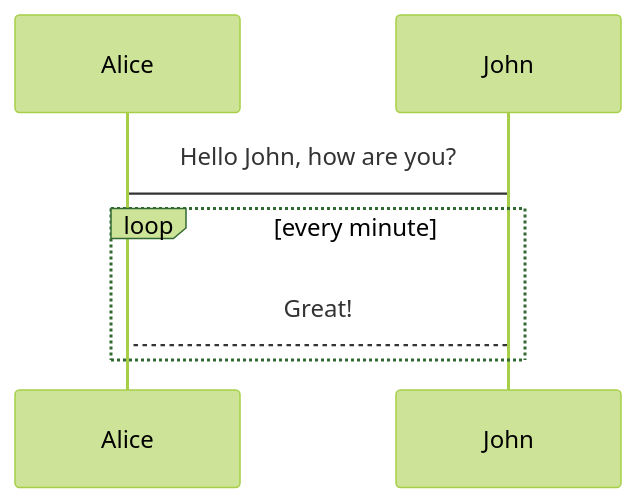
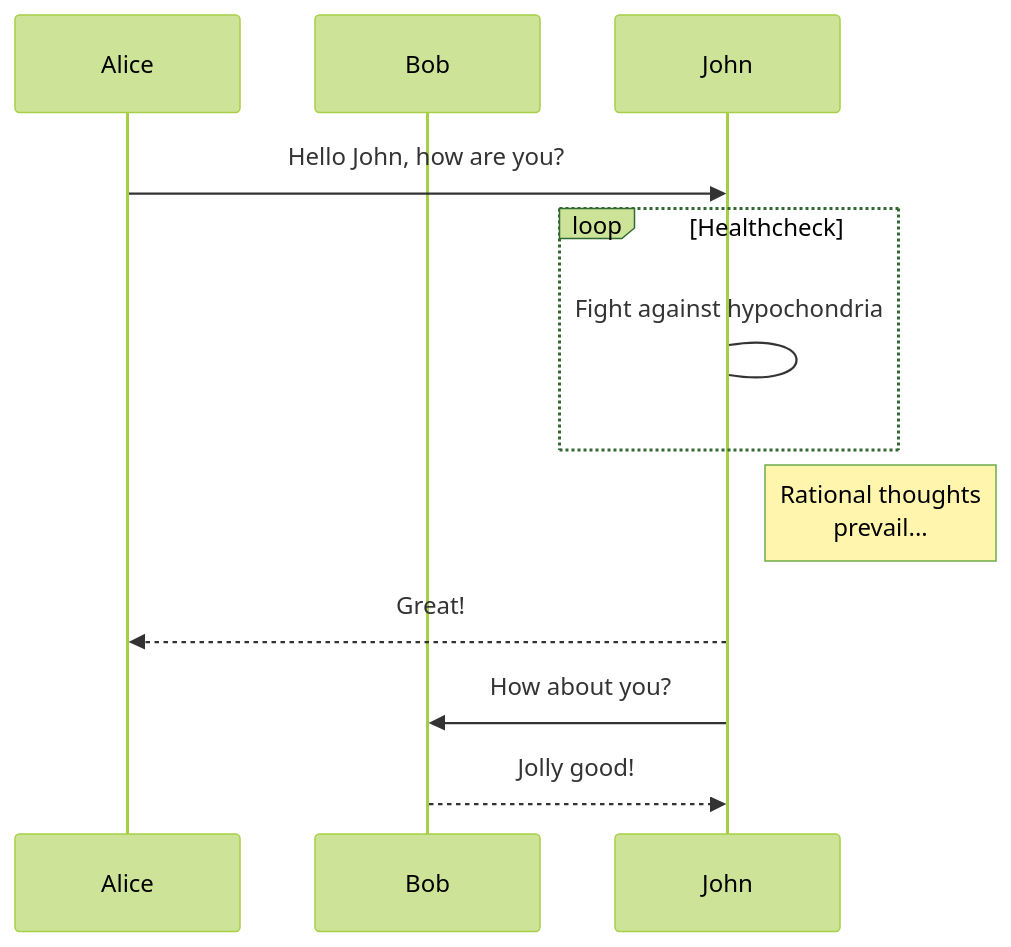
One commit to SNiPER-Framework/SNiPER-Doc changed the third of 3 diagrams in Test.md. Above: the diagram before and after it, drawn with Mermaid (forest theme). The commit also changed other lines of this file and 17 other files, not shown here.

````diff
--- a/Test.md
+++ b/Test.md
@@ -65,7 +79,13 @@
 ```mermaid
 sequenceDiagram
-    Alice->John: Hello John, how are you?
-    loop every minute
-        John-->Alice: Great!
+    participant Alice
+    participant Bob
+    Alice->>John:Hello John, how are you?
+    loop Healthcheck
+        John->John:Fight against hypochondria
     end
+    Note right of John:Rational thoughts <br/>prevail...
+    John-->>Alice:Great!
+    John->>Bob: How about you?
+    Bob-->>John: Jolly good!
 ```
````
